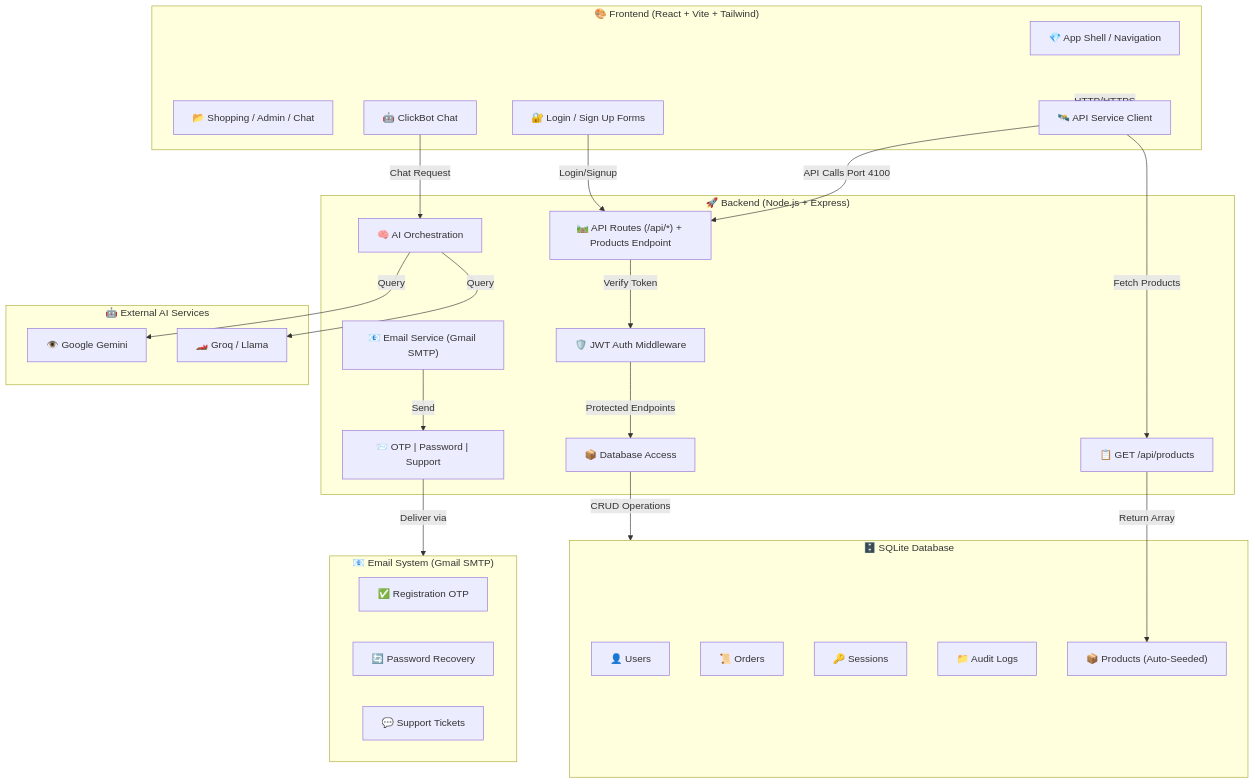
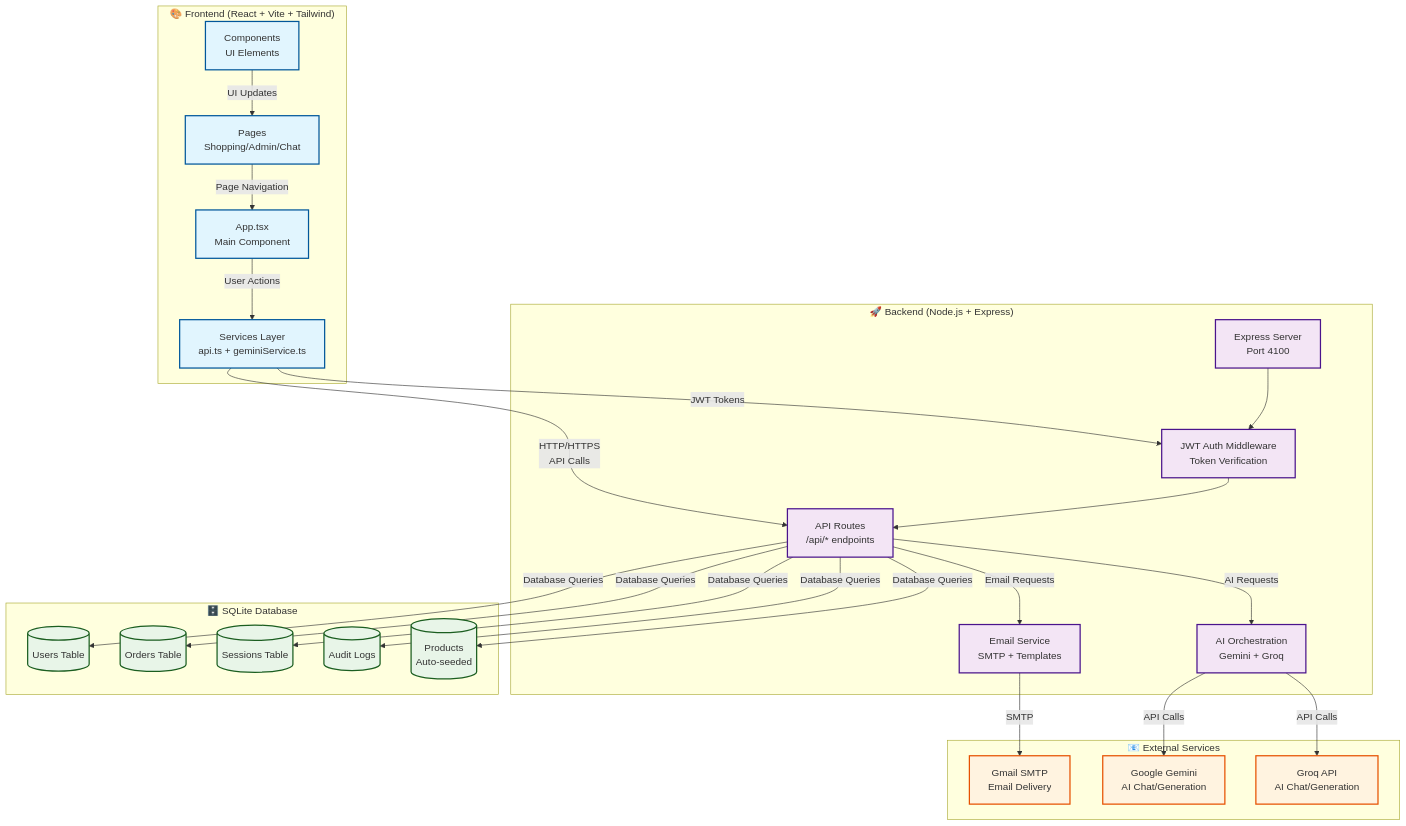
Before and after one commit to DebasmitaBose0/ClickBazaar: the first of 7 diagrams in ARCHITECTURE.md, drawn with Mermaid. The commit also changed other lines of this file, not shown here.

````diff
--- a/ARCHITECTURE.md
+++ b/ARCHITECTURE.md
@@ -11,53 +11,69 @@
 ```mermaid
-graph TD
-    subgraph Frontend["🎨 Frontend (React + Vite + Tailwind)"]
-        UI["💎 App Shell / Navigation"]
-        Pages["📂 Shopping / Admin / Chat"]
-        Auth_UI["🔐 Login / Sign Up Forms"]
-        ClickBot["🤖 ClickBot Chat"]
-        Services["🛰️ API Service Client"]
+graph TB
+    subgraph "🎨 Frontend (React + Vite + Tailwind)"
+        A[App.tsx<br/>Main Component]
+        B[Pages<br/>Shopping/Admin/Chat]
+        C[Components<br/>UI Elements]
+        D[Services Layer<br/>api.ts + geminiService.ts]
     end
 
-    subgraph Backend["🚀 Backend (Node.js + Express)"]
-        Auth_Middleware["🛡️ JWT Auth Middleware"]
-        Email_Service["📧 Email Service (Gmail SMTP)"]
-        Email_Opts["📨 OTP | Password | Support"]
-        API_Routes["🛤️ API Routes (/api/*) + Products Endpoint"]
-        Products_API["📋 GET /api/products"]
-        DB_Access["📦 Database Access"]
-        AI_Layer["🧠 AI Orchestration"]
+    subgraph "🚀 Backend (Node.js + Express)"
+        E[Express Server<br/>Port 4100]
+        F[JWT Auth Middleware<br/>Token Verification]
+        G[API Routes<br/>/api/* endpoints]
+        H[Email Service<br/>SMTP + Templates]
+        I[AI Orchestration<br/>Gemini + Groq]
     end
 
-    subgraph Database["🗄️ SQLite Database"]
-        Users_DB["👤 Users"]
-        Orders_DB["📜 Orders"]
-        Sessions_DB["🔑 Sessions"]
-        Audit_DB["📁 Audit Logs"]
-        Products_DB["📦 Products (Auto-Seeded)"]
+    subgraph "🗄️ SQLite Database"
+        J[(Users Table)]
+        K[(Orders Table)]
+        L[(Sessions Table)]
+        M[(Audit Logs)]
+        N[(Products<br/>Auto-seeded)]
     end
 
-    subgraph Email["📧 Email System (Gmail SMTP)"]
-        Registration["✅ Registration OTP"]
-        Recovery["🔄 Password Recovery"]
-        Support["💬 Support Tickets"]
+    subgraph "📧 External Services"
+        O[Gmail SMTP<br/>Email Delivery]
+        P[Google Gemini<br/>AI Chat/Generation]
+        Q[Groq API<br/>AI Chat/Generation]
     end
 
-    subgraph AI["🤖 External AI Services"]
-        Gemini["👁️ Google Gemini"]
-        Groq["🏎️ Groq / Llama"]
-    end
+    %% Frontend to Backend connections
+    D -->|HTTP/HTTPS<br/>API Calls| G
+    D -->|JWT Tokens| F
 
-    Frontend -->|HTTP/HTTPS| Services
-    Services -->|API Calls Port 4100| API_Routes
-    Services -->|Fetch Products| Products_API
-    Products_API -->|Return Array| Products_DB
-    Auth_UI -->|Login/Signup| API_Routes
-    API_Routes -->|Verify Token| Auth_Middleware
-    Auth_Middleware -->|Protected Endpoints| DB_Access
-    DB_Access -->|CRUD Operations| Database
-    Email_Service -->|Send| Email_Opts
-    Email_Opts -->|Deliver via| Email
-    AI_Layer -->|Query| Gemini
-    AI_Layer -->|Query| Groq
-    ClickBot -->|Chat Request| AI_Layer
+    %% Backend internal connections
+    E --> F
+    F --> G
+    G -->|Database Queries| J
+    G -->|Database Queries| K
+    G -->|Database Queries| L
+    G -->|Database Queries| M
+    G -->|Database Queries| N
+
+    %% Email connections
+    H -->|SMTP| O
+    G -->|Email Requests| H
+
+    %% AI connections
+    I -->|API Calls| P
+    I -->|API Calls| Q
+    G -->|AI Requests| I
+
+    %% User interactions
+    A -->|User Actions| D
+    B -->|Page Navigation| A
+    C -->|UI Updates| B
+
+    %% Styling
+    classDef frontend fill:#e1f5fe,stroke:#01579b,stroke-width:2px
+    classDef backend fill:#f3e5f5,stroke:#4a148c,stroke-width:2px
+    classDef database fill:#e8f5e8,stroke:#1b5e20,stroke-width:2px
+    classDef external fill:#fff3e0,stroke:#e65100,stroke-width:2px
+
+    class A,B,C,D frontend
+    class E,F,G,H,I backend
+    class J,K,L,M,N database
+    class O,P,Q external
 ```
````
